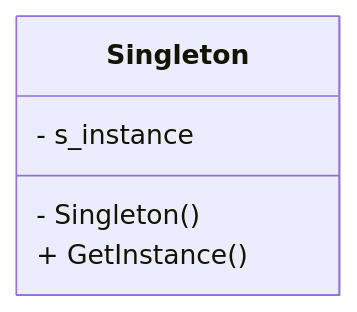
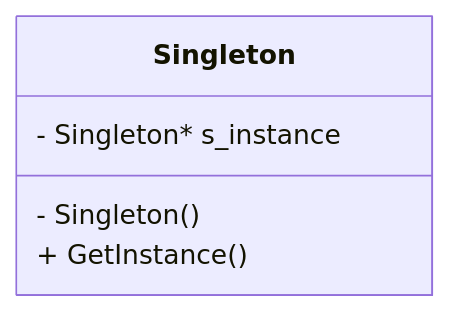
One commit to Yuanzidan081/kama-DesignPattern changed the diagram in Code/1.单例模式/README.md. Above: the diagram before and after it, drawn with Mermaid. The commit also changed other lines of this file and 8 other files, not shown here.

````diff
--- a/Code/1.单例模式/README.md
+++ b/Code/1.单例模式/README.md
@@ -7,6 +26,6 @@
 ```mermaid
 classDiagram
-    Singleton: - s_instance
+    Singleton: - Singleton* s_instance 
     Singleton: - Singleton()
     Singleton: + GetInstance()
 ```
````
